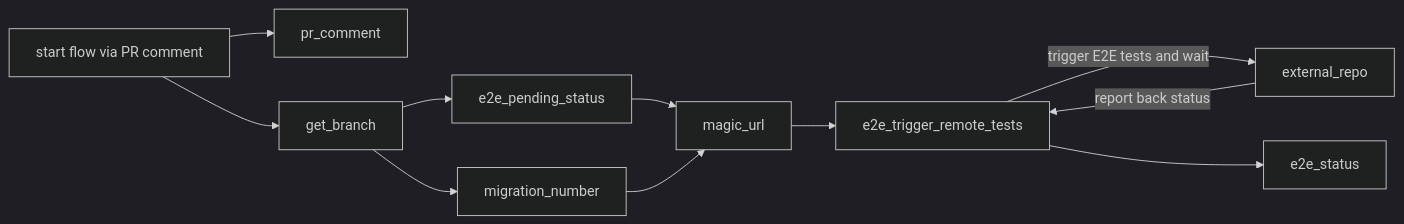
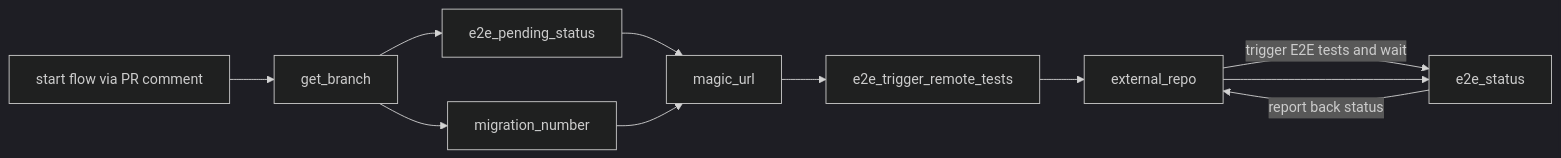
The diagram in .github/workflows/docs/frontend/frontend_runtime_utility_manual_e2e_trigger.md (JupiterOne/.github), drawn with Mermaid (dark theme) before and after one commit. The commit also changed 1 other file, not shown here.

Commit message:
SRE-1467 -- cleanup

````diff
--- a/.github/workflows/docs/frontend/frontend_runtime_utility_manual_e2e_trigger.md
+++ b/.github/workflows/docs/frontend/frontend_runtime_utility_manual_e2e_trigger.md
@@ -75,16 +75,14 @@
 ```mermaid
 graph LR;
     A[start flow via PR comment];
-    B[pr_comment];
-    C[get_branch];
-    D[e2e_pending_status];
-    E[migration_number];
-    F[magic_url];
-    G[e2e_trigger_remote_tests];
-    H[external_repo];
-    I[e2e_status];
+    B[get_branch];
+    C[e2e_pending_status];
+    D[migration_number];
+    E[magic_url];
+    F[e2e_trigger_remote_tests];
+    G[external_repo];
+    H[e2e_status];
 
-    A --> B;
-    A --> C --> D --> F --> G -->|trigger E2E tests and wait| H -->|report back status| G --> I;
-    C --> E --> F;
+    A --> B --> C --> E --> F --> G -->|trigger E2E tests and wait| H -->|report back status| G --> H;
+    B --> D --> E;
 ```
````
